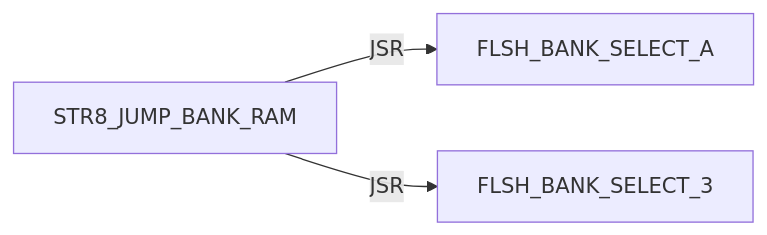
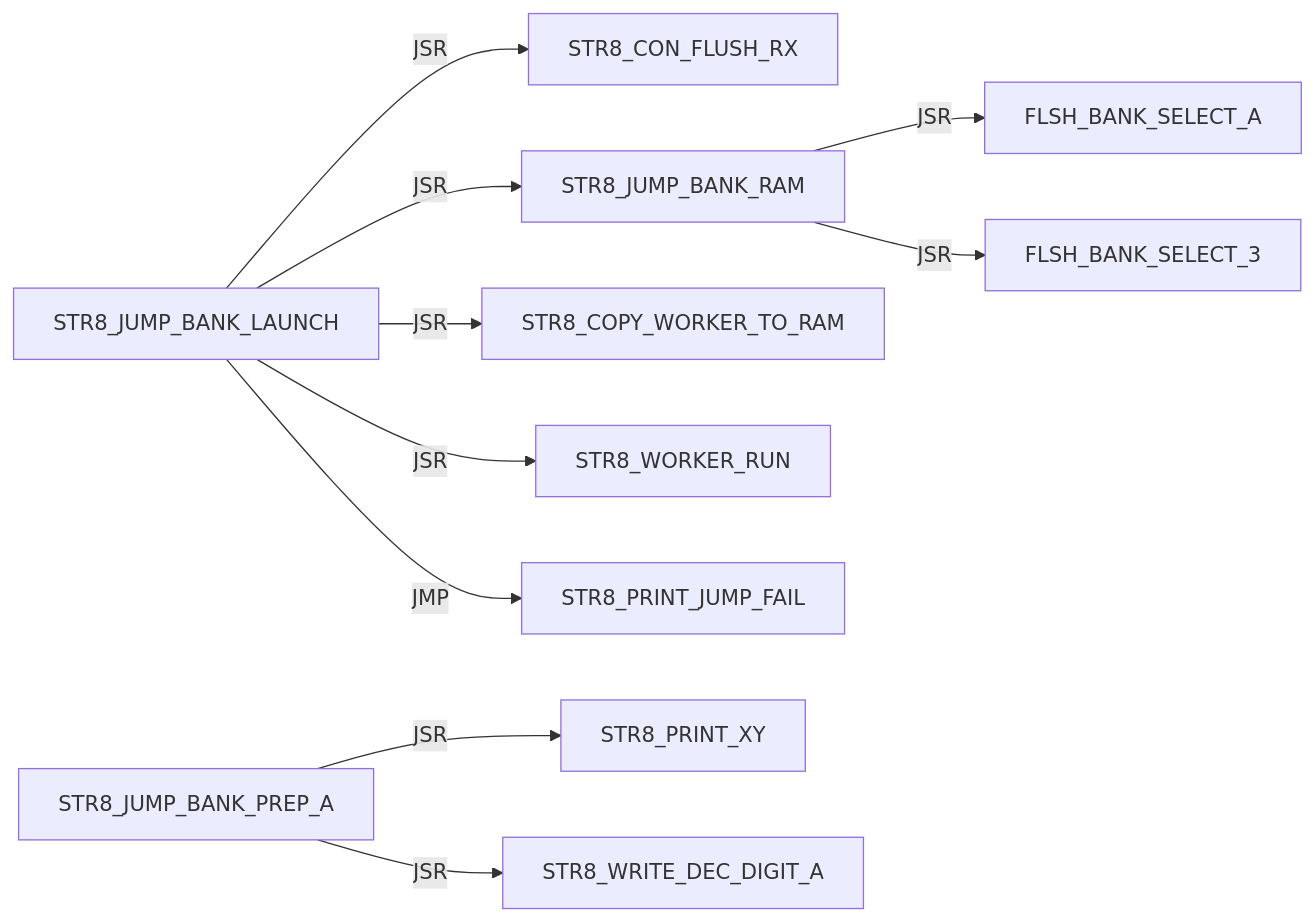
One commit to 95westus/R-YORS changed diagram 18 of 45 in DOC/GUIDES/STR8/STR8_EDGE_DUMP.md. Above: the diagram before and after it, drawn with Mermaid. The commit also changed other lines of this file and 38 other files, not shown here.

````diff
--- a/DOC/GUIDES/STR8/STR8_EDGE_DUMP.md
+++ b/DOC/GUIDES/STR8/STR8_EDGE_DUMP.md
@@ -205,5 +221,12 @@
 ```mermaid
 flowchart LR
-    N0["STR8_JUMP_BANK_RAM"] -->|JSR| N1["FLSH_BANK_SELECT_A"]
-    N0["STR8_JUMP_BANK_RAM"] -->|JSR| N2["FLSH_BANK_SELECT_3"]
+    N0["STR8_JUMP_BANK_LAUNCH"] -->|JSR| N1["STR8_CON_FLUSH_RX"]
+    N0["STR8_JUMP_BANK_LAUNCH"] -->|JSR| N2["STR8_JUMP_BANK_RAM"]
+    N0["STR8_JUMP_BANK_LAUNCH"] -->|JSR| N3["STR8_COPY_WORKER_TO_RAM"]
+    N0["STR8_JUMP_BANK_LAUNCH"] -->|JSR| N4["STR8_WORKER_RUN"]
+    N0["STR8_JUMP_BANK_LAUNCH"] -->|JMP| N5["STR8_PRINT_JUMP_FAIL"]
+    N6["STR8_JUMP_BANK_PREP_A"] -->|JSR| N7["STR8_PRINT_XY"]
+    N6["STR8_JUMP_BANK_PREP_A"] -->|JSR| N8["STR8_WRITE_DEC_DIGIT_A"]
+    N2["STR8_JUMP_BANK_RAM"] -->|JSR| N9["FLSH_BANK_SELECT_A"]
+    N2["STR8_JUMP_BANK_RAM"] -->|JSR| N10["FLSH_BANK_SELECT_3"]
 ```
````
